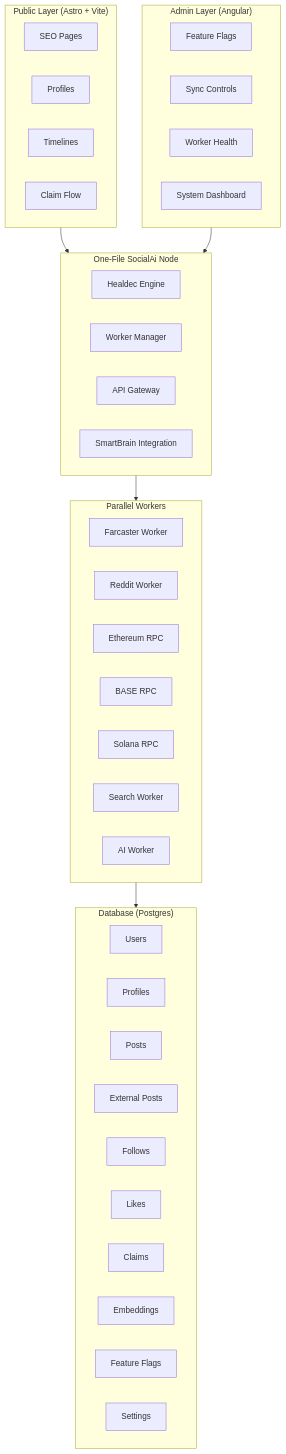
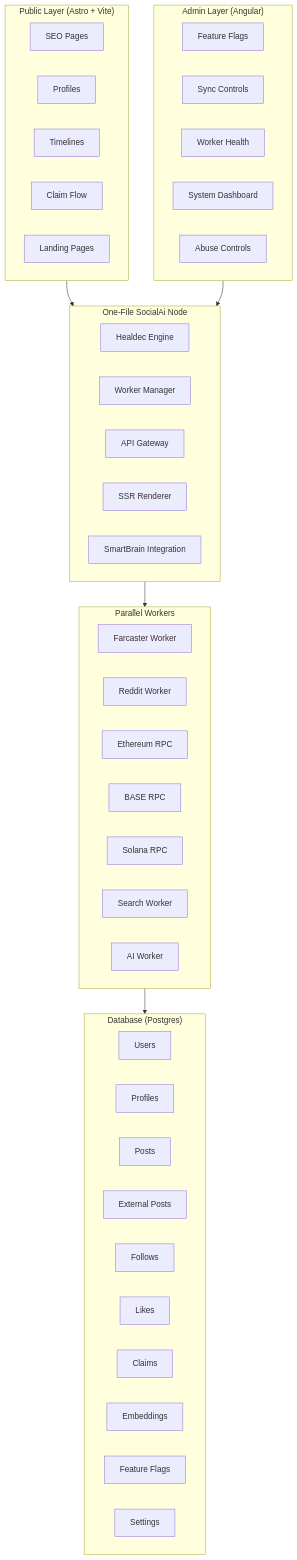
Before and after one commit to SolanaRemix/SocialAi: the first of 5 diagrams in ARCHITECTURE.md, drawn with Mermaid. The commit also changed other lines of this file, not shown here.

````diff
--- a/ARCHITECTURE.md
+++ b/ARCHITECTURE.md
@@ -7,52 +33,54 @@
 ```mermaid
 flowchart TD
+  subgraph PublicLayer["Public Layer (Astro + Vite)"]
+    P1[SEO Pages]
+    P2[Profiles]
+    P3[Timelines]
+    P4[Claim Flow]
+    P5[Landing Pages]
+  end
 
-    subgraph PublicLayer["Public Layer (Astro + Vite)"]
-        A1[SEO Pages]
-        A2[Profiles]
-        A3[Timelines]
-        A4[Claim Flow]
-    end
+  subgraph AdminLayer["Admin Layer (Angular)"]
+    A1[Feature Flags]
+    A2[Sync Controls]
+    A3[Worker Health]
+    A4[System Dashboard]
+    A5[Abuse Controls]
+  end
 
-    subgraph AdminLayer["Admin Layer (Angular)"]
-        B1[Feature Flags]
-        B2[Sync Controls]
-        B3[Worker Health]
-        B4[System Dashboard]
-    end
+  subgraph Backend["One‑File SocialAi Node"]
+    B1[Healdec Engine]
+    B2[Worker Manager]
+    B3[API Gateway]
+    B4[SSR Renderer]
+    B5[SmartBrain Integration]
+  end
 
-    subgraph Backend["One‑File SocialAi Node"]
-        C1[Healdec Engine]
-        C2[Worker Manager]
-        C3[API Gateway]
-        C4[SmartBrain Integration]
-    end
+  subgraph Workers["Parallel Workers"]
+    W1[Farcaster Worker]
+    W2[Reddit Worker]
+    W3[Ethereum RPC]
+    W4[BASE RPC]
+    W5[Solana RPC]
+    W6[Search Worker]
+    W7[AI Worker]
+  end
 
-    subgraph Workers["Parallel Workers"]
-        W1[Farcaster Worker]
-        W2[Reddit Worker]
-        W3[Ethereum RPC]
-        W4[BASE RPC]
-        W5[Solana RPC]
-        W6[Search Worker]
-        W7[AI Worker]
-    end
+  subgraph Database["Database (Postgres)"]
+    D1[Users]
+    D2[Profiles]
+    D3[Posts]
+    D4[External Posts]
+    D5[Follows]
+    D6[Likes]
+    D7[Claims]
+    D8[Embeddings]
+    D9[Feature Flags]
+    D10[Settings]
+  end
 
-    subgraph Database["Database (Postgres)"]
-        D1[Users]
-        D2[Profiles]
-        D3[Posts]
-        D4[External Posts]
-        D5[Follows]
-        D6[Likes]
-        D7[Claims]
-        D8[Embeddings]
-        D9[Feature Flags]
-        D10[Settings]
-    end
-
-    PublicLayer --> Backend
-    AdminLayer --> Backend
-    Backend --> Workers
-    Workers --> Database
+  PublicLayer --> Backend
+  AdminLayer --> Backend
+  Backend --> Workers
+  Workers --> Database
 ```
````
